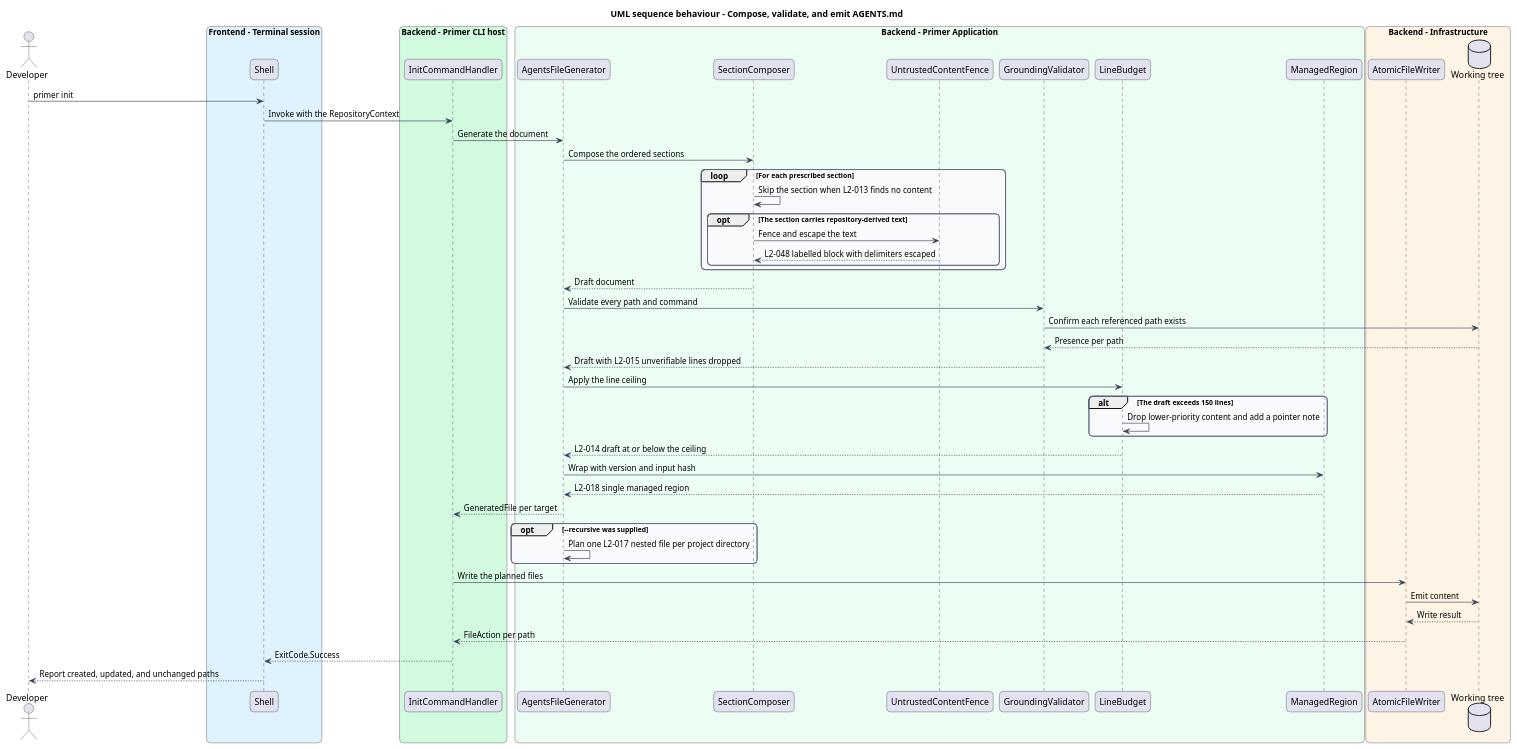
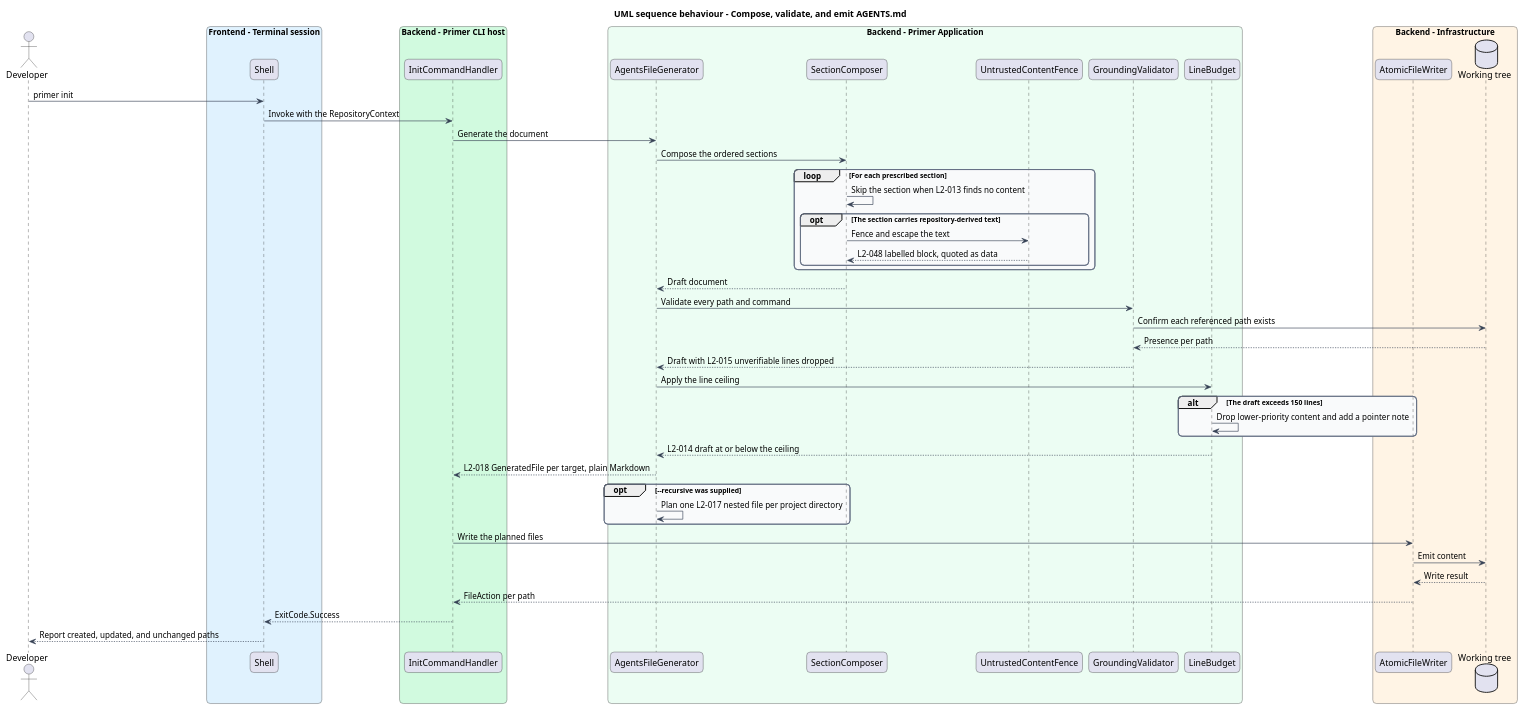
One commit to QuinntyneBrown/primer changed the diagram in docs/detailed-designs/agent-file-generation/generate-agents-md/diagrams/sequence-generate-agents-md.puml. Above: the diagram before and after it, drawn with PlantUML. The commit also changed 53 other files, not shown here.

```diff
--- a/docs/detailed-designs/agent-file-generation/generate-agents-md/diagrams/sequence-generate-agents-md.puml
+++ b/docs/detailed-designs/agent-file-generation/generate-agents-md/diagrams/sequence-generate-agents-md.puml
@@ -1,76 +1,73 @@
 @startuml
 title UML sequence behaviour - Compose, validate, and emit AGENTS.md
 skinparam backgroundColor #FFFFFF
 skinparam shadowing false
 skinparam roundcorner 12
 skinparam defaultFontName Arial
 skinparam ArrowColor #344054
 skinparam rectangle {
   BorderColor #344054
   FontColor #101828
 }
 skinparam package {
   BorderColor #667085
   FontColor #101828
   BackgroundColor #F9FAFB
 }
 actor "Developer" as dev
 box "Frontend - Terminal session" #E0F2FE
   participant "Shell" as shell
 end box
 box "Backend - Primer CLI host" #D1FADF
   participant "InitCommandHandler" as handler
 end box
 box "Backend - Primer Application" #ECFDF3
   participant "AgentsFileGenerator" as generator
   participant "SectionComposer" as composer
   participant "UntrustedContentFence" as fence
   participant "GroundingValidator" as grounding
   participant "LineBudget" as budget
-  participant "ManagedRegion" as region
 end box
 box "Backend - Infrastructure" #FFF4E5
   participant "AtomicFileWriter" as writer
   database "Working tree" as tree
 end box
 
 dev -> shell : primer init
 shell -> handler : Invoke with the RepositoryContext
 handler -> generator : Generate the document
 
 generator -> composer : Compose the ordered sections
 loop For each prescribed section
   composer -> composer : Skip the section when L2-013 finds no content
   opt The section carries repository-derived text
     composer -> fence : Fence and escape the text
-    fence --> composer : L2-048 labelled block with delimiters escaped
+    fence --> composer : L2-048 labelled block, quoted as data
   end
 end
 composer --> generator : Draft document
 
 generator -> grounding : Validate every path and command
 grounding -> tree : Confirm each referenced path exists
 tree --> grounding : Presence per path
 grounding --> generator : Draft with L2-015 unverifiable lines dropped
 
 generator -> budget : Apply the line ceiling
 alt The draft exceeds 150 lines
   budget -> budget : Drop lower-priority content and add a pointer note
 end
 budget --> generator : L2-014 draft at or below the ceiling
 
-generator -> region : Wrap with version and input hash
-region --> generator : L2-018 single managed region
-generator --> handler : GeneratedFile per target
+generator --> handler : L2-018 GeneratedFile per target, plain Markdown
 
 opt --recursive was supplied
   generator -> generator : Plan one L2-017 nested file per project directory
 end
 
 handler -> writer : Write the planned files
 writer -> tree : Emit content
 tree --> writer : Write result
 writer --> handler : FileAction per path
 handler --> shell : ExitCode.Success
 shell --> dev : Report created, updated, and unchanged paths
 @enduml
```
